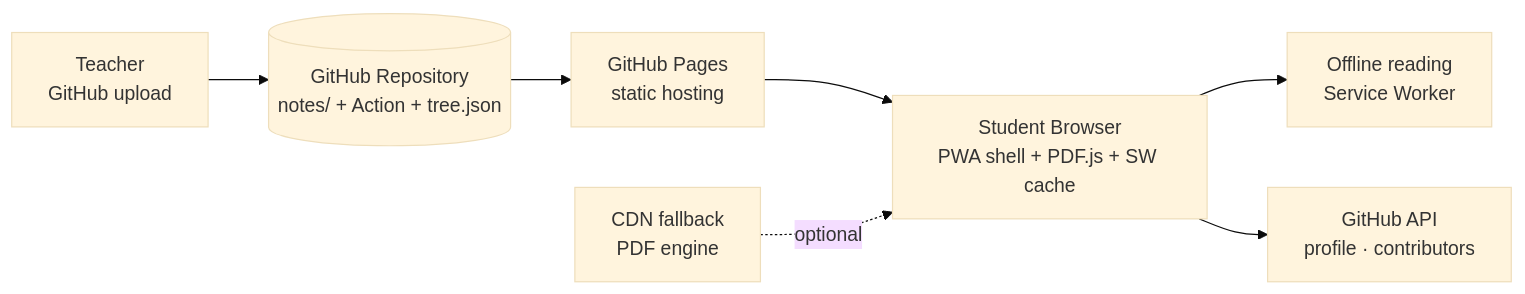
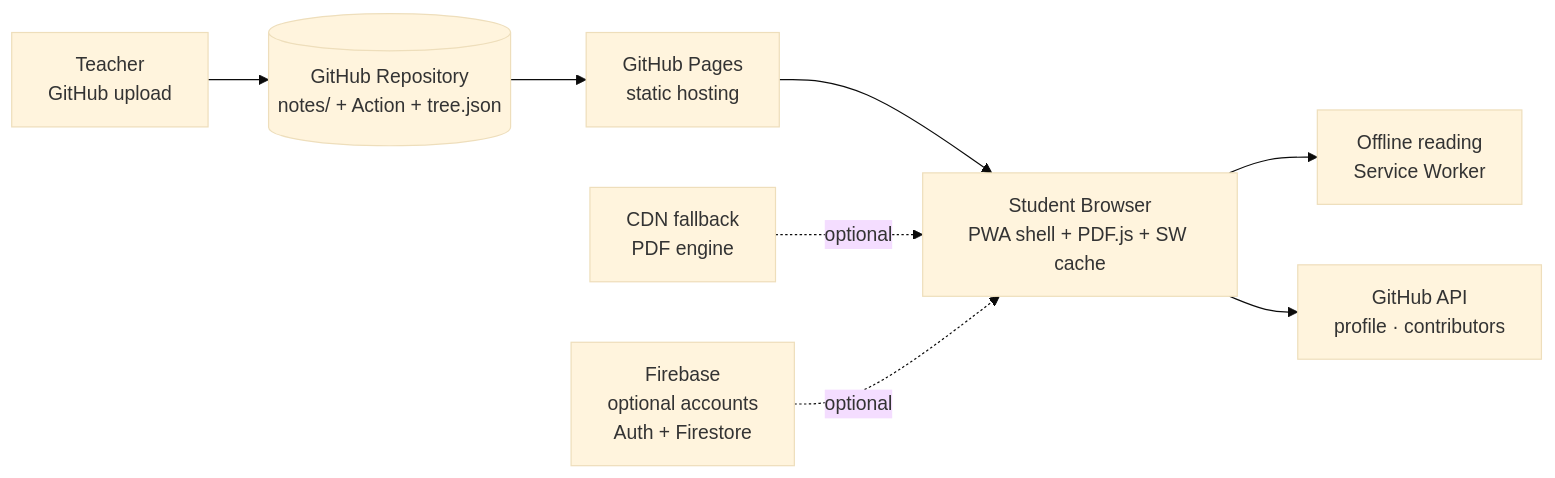
Before and after one commit to VinaySoni-IN/Notes-Sathi: the third of 5 diagrams in README.md, drawn with Mermaid (base theme). The commit also changed other lines of this file and 8 other files, not shown here.

Commit message:
v3.2: student accounts (Firebase Auth+Firestore), read-ticks & reactions, golden student-credit badges, legal v2 (Privacy 2.0 / Terms 1.3), setup guides

````diff
--- a/README.md
+++ b/README.md
@@ -186,9 +193,10 @@
 ```mermaid
 flowchart LR
     T[Teacher<br/>GitHub upload] --> R[(GitHub Repository<br/>notes/ + Action + tree.json)]
     R --> GH[GitHub Pages<br/>static hosting]
     GH --> W[Student Browser<br/>PWA shell + PDF.js + SW cache]
     W --> OFF[Offline reading<br/>Service Worker]
     W --> API[GitHub API<br/>profile · contributors]
     CDN[CDN fallback<br/>PDF engine] -.optional.-> W
+    FB[Firebase<br/>optional accounts<br/>Auth + Firestore] -.optional.-> W
 ```
````
